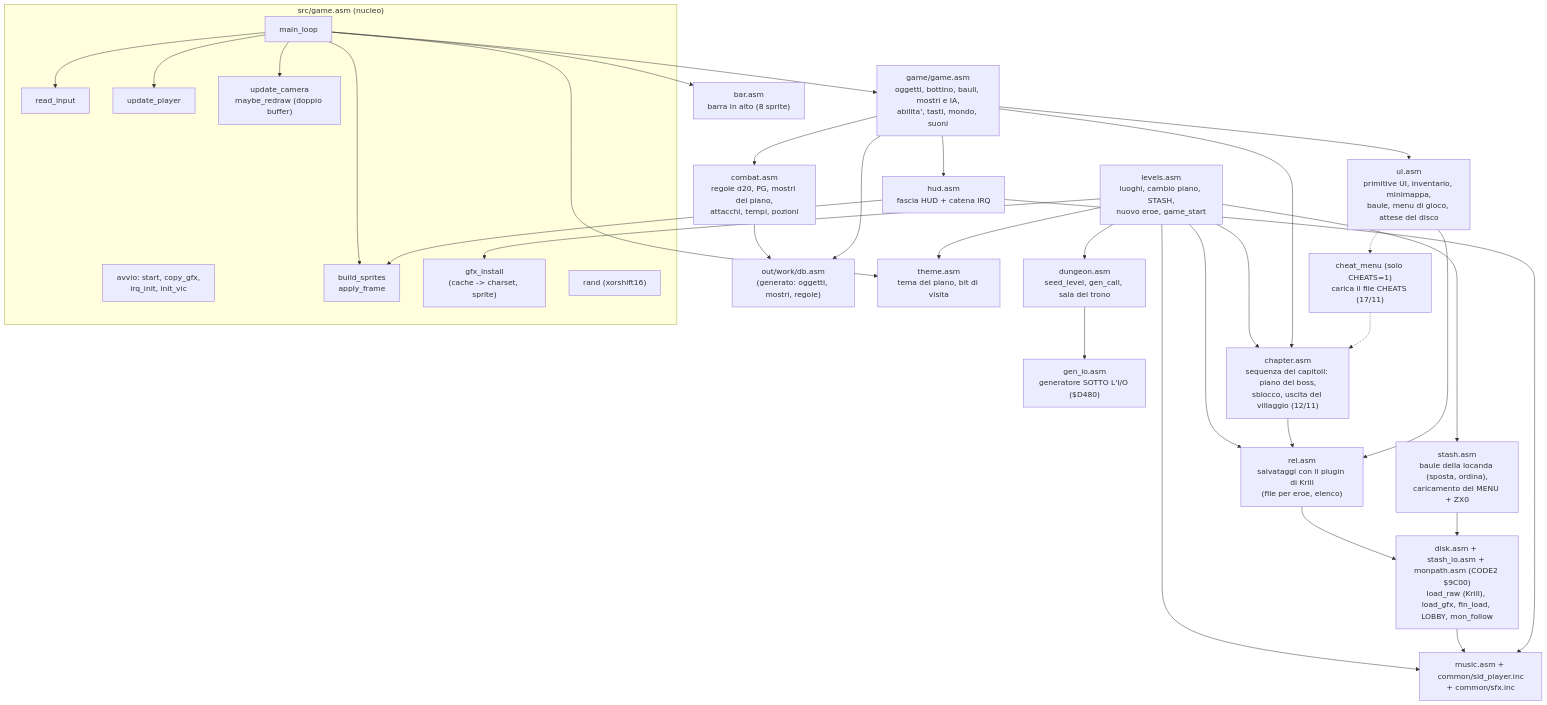
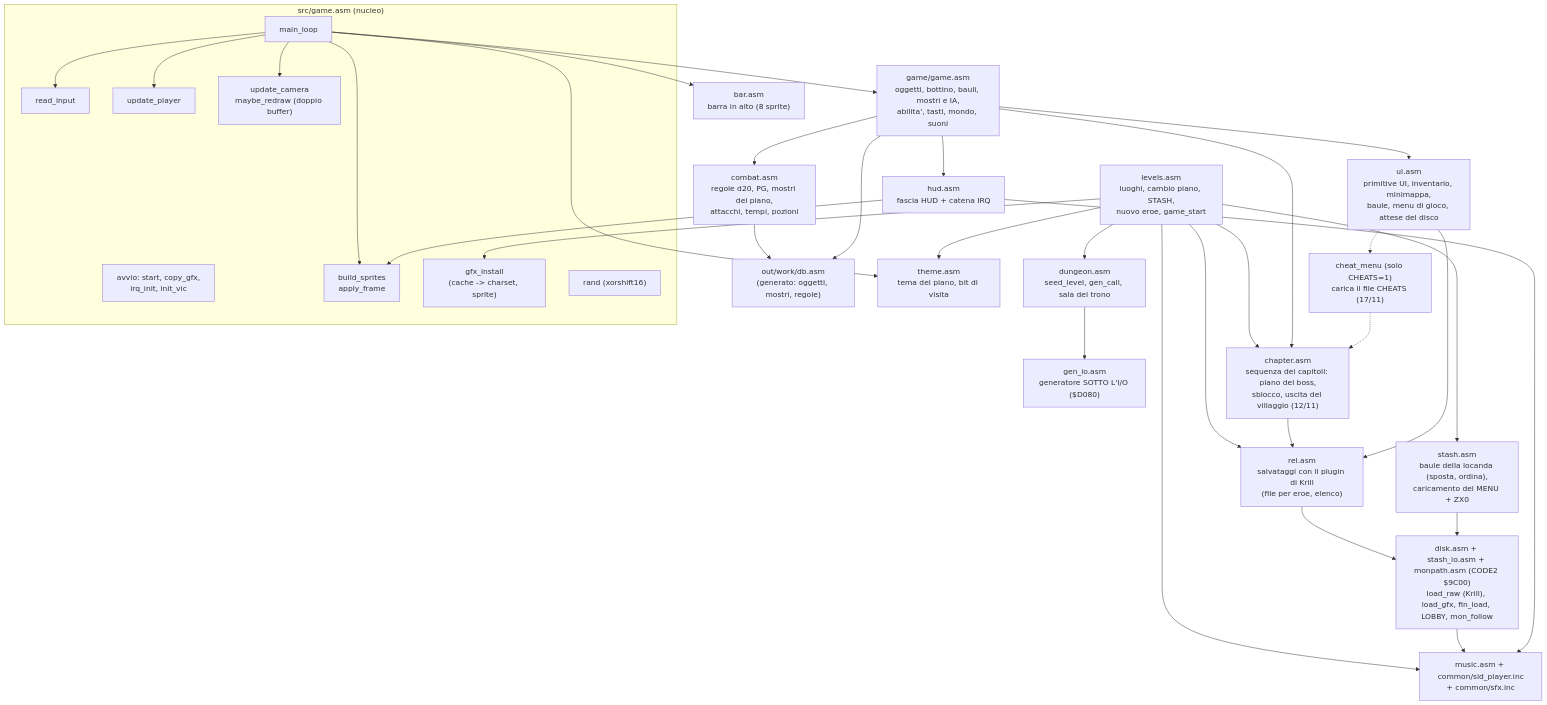
The second of 4 diagrams in docs/wiki/architettura.md (caporalesimone/barbarian-the-blood-path), drawn with Mermaid before and after one commit. The commit also changed other lines of this file and 23 other files, not shown here.

````diff
--- a/docs/wiki/architettura.md
+++ b/docs/wiki/architettura.md
@@ -75,55 +75,55 @@
 ```mermaid
 flowchart TB
     subgraph CORE["src/game.asm (nucleo)"]
         INIT["avvio: start, copy_gfx,<br/>irq_init, init_vic"]
         LOOP["main_loop"]
         INPUT["read_input"]
         PLAYER["update_player"]
         CAM["update_camera<br/>maybe_redraw (doppio buffer)"]
         SPR["build_sprites<br/>apply_frame"]
         GFXI["gfx_install<br/>(cache -> charset, sprite)"]
         PRNG["rand (xorshift16)"]
     end
     DB["out/work/db.asm<br/>(generato: oggetti, mostri, regole)"]
     DUN["dungeon.asm<br/>seed_level, gen_call, sala del trono"]
-    GENIO["gen_io.asm<br/>generatore SOTTO L'I/O ($D480)"]
+    GENIO["gen_io.asm<br/>generatore SOTTO L'I/O ($D080)"]
     GG["game/game.asm<br/>oggetti, bottino, bauli, mostri e IA,<br/>abilita', tasti, mondo, suoni"]
     CB["combat.asm<br/>regole d20, PG, mostri del piano,<br/>attacchi, tempi, pozioni"]
     LV["levels.asm<br/>luoghi, cambio piano, STASH,<br/>nuovo eroe, game_start"]
     UI["ui.asm<br/>primitive UI, inventario, minimappa,<br/>baule, menu di gioco, attese del disco"]
     ST["stash.asm<br/>baule della locanda (sposta, ordina),<br/>caricamento del MENU + ZX0"]
     HUD["hud.asm<br/>fascia HUD + catena IRQ"]
     BARM["bar.asm<br/>barra in alto (8 sprite)"]
     MUS["music.asm + common/sid_player.inc<br/>+ common/sfx.inc"]
     PF["theme.asm<br/>tema del piano, bit di visita"]
     REL["rel.asm<br/>salvataggi con il plugin di Krill<br/>(file per eroe, elenco)"]
     CHAP["chapter.asm<br/>sequenza dei capitoli: piano del boss,<br/>sblocco, uscita del villaggio (12/11)"]
     CHT["cheat_menu (solo CHEATS=1)<br/>carica il file CHEATS (17/11)"]
     DISK["disk.asm + stash_io.asm + monpath.asm (CODE2 $9C00)<br/>load_raw (Krill), load_gfx, fin_load, LOBBY, mon_follow"]
     LOOP --> INPUT & PLAYER & CAM & SPR
     LOOP --> GG
     LOOP --> PF
     LOOP --> BARM
     GG --> HUD
     GG --> CB
     GG --> UI
     LV --> DUN --> GENIO
     LV --> GFXI
     LV --> MUS
     LV --> REL
     LV --> CHAP
     CHAP --> REL
     GG --> CHAP
     UI -.-> CHT
     CHT -.-> CHAP
     LV --> PF
     LV --> ST
     UI --> REL
     DISK --> MUS
     REL --> DISK
     ST --> DISK
     HUD --> MUS
     HUD --> SPR
     CB --> DB
     GG --> DB
 ```
````
